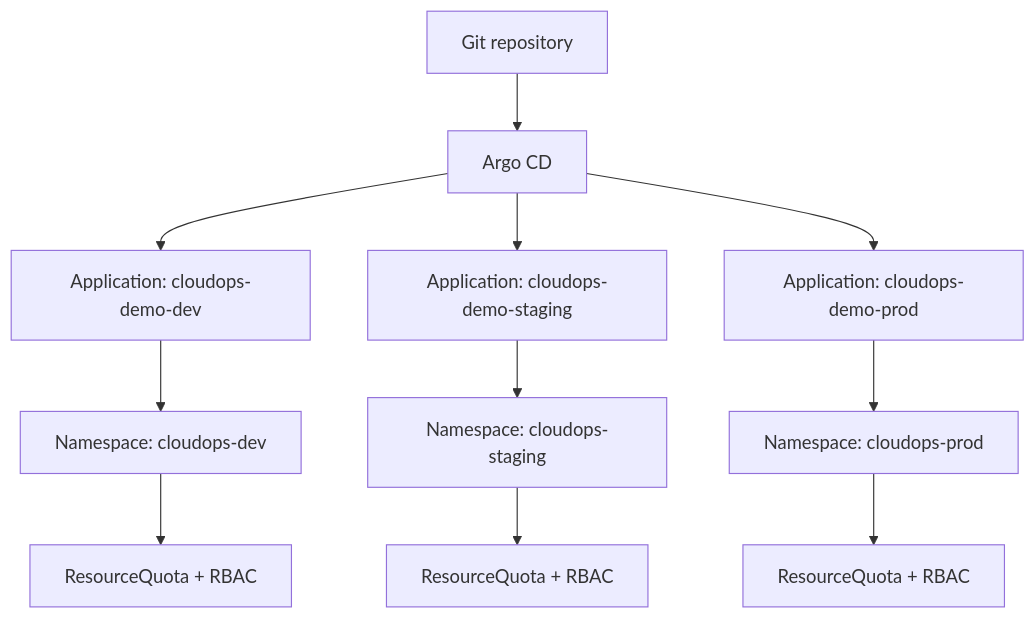
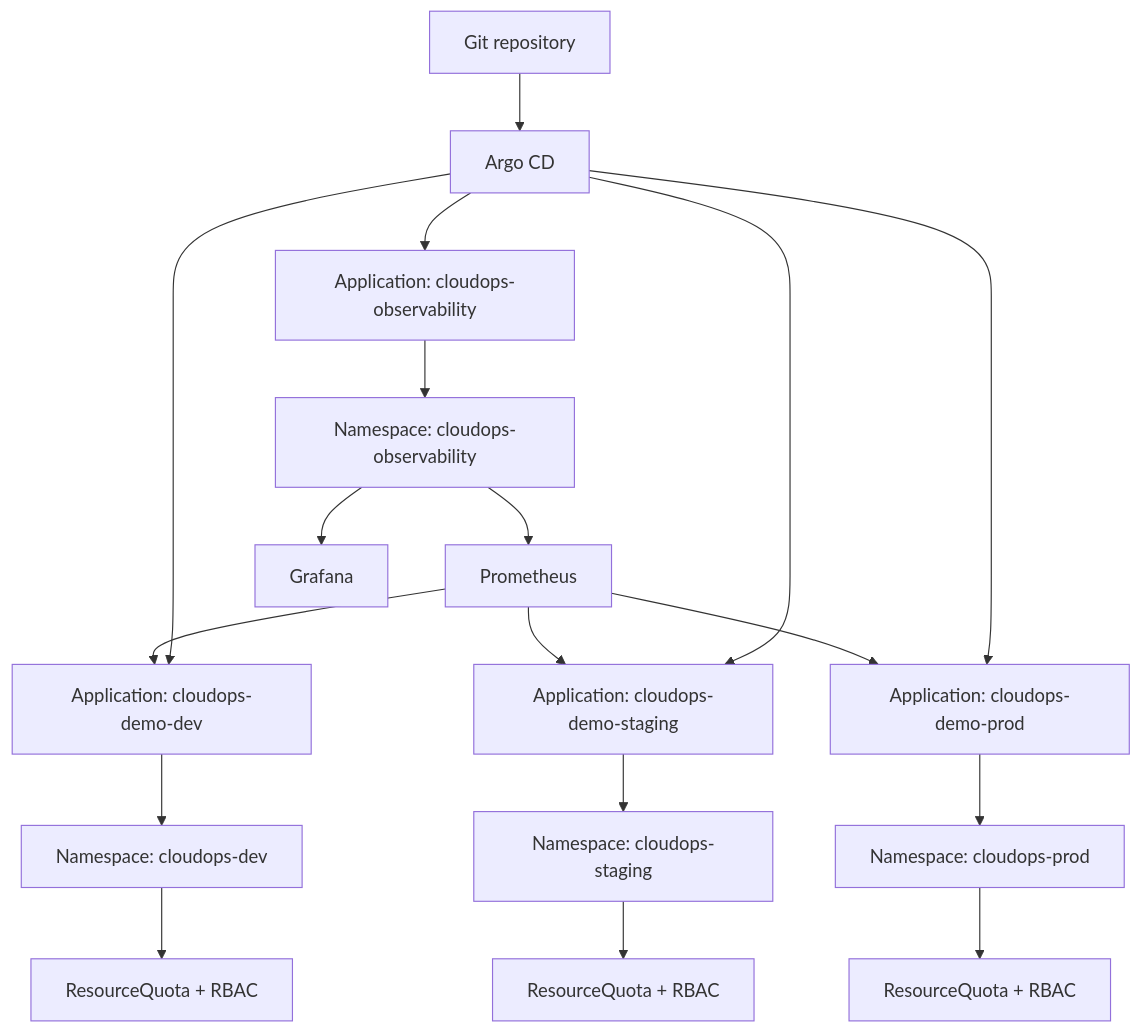
One commit to krishna310301/cloudops-gitops-platform changed the diagram in docs/architecture.md. Above: the diagram before and after it, drawn with Mermaid. The commit also changed other lines of this file and 33 other files, not shown here.

````diff
--- a/docs/architecture.md
+++ b/docs/architecture.md
@@ -25,13 +28,20 @@
 ```mermaid
 flowchart TB
     git["Git repository"] --> argocd["Argo CD"]
     argocd --> appdev["Application: cloudops-demo-dev"]
     argocd --> appstaging["Application: cloudops-demo-staging"]
     argocd --> appprod["Application: cloudops-demo-prod"]
+    argocd --> appobs["Application: cloudops-observability"]
     appdev --> nsdev["Namespace: cloudops-dev"]
     appstaging --> nsstaging["Namespace: cloudops-staging"]
     appprod --> nsprod["Namespace: cloudops-prod"]
+    appobs --> nsobs["Namespace: cloudops-observability"]
     nsdev --> quotadev["ResourceQuota + RBAC"]
     nsstaging --> quotastaging["ResourceQuota + RBAC"]
     nsprod --> quotaprod["ResourceQuota + RBAC"]
+    nsobs --> prom["Prometheus"]
+    nsobs --> graf["Grafana"]
+    prom --> appdev
+    prom --> appstaging
+    prom --> appprod
 ```
````
